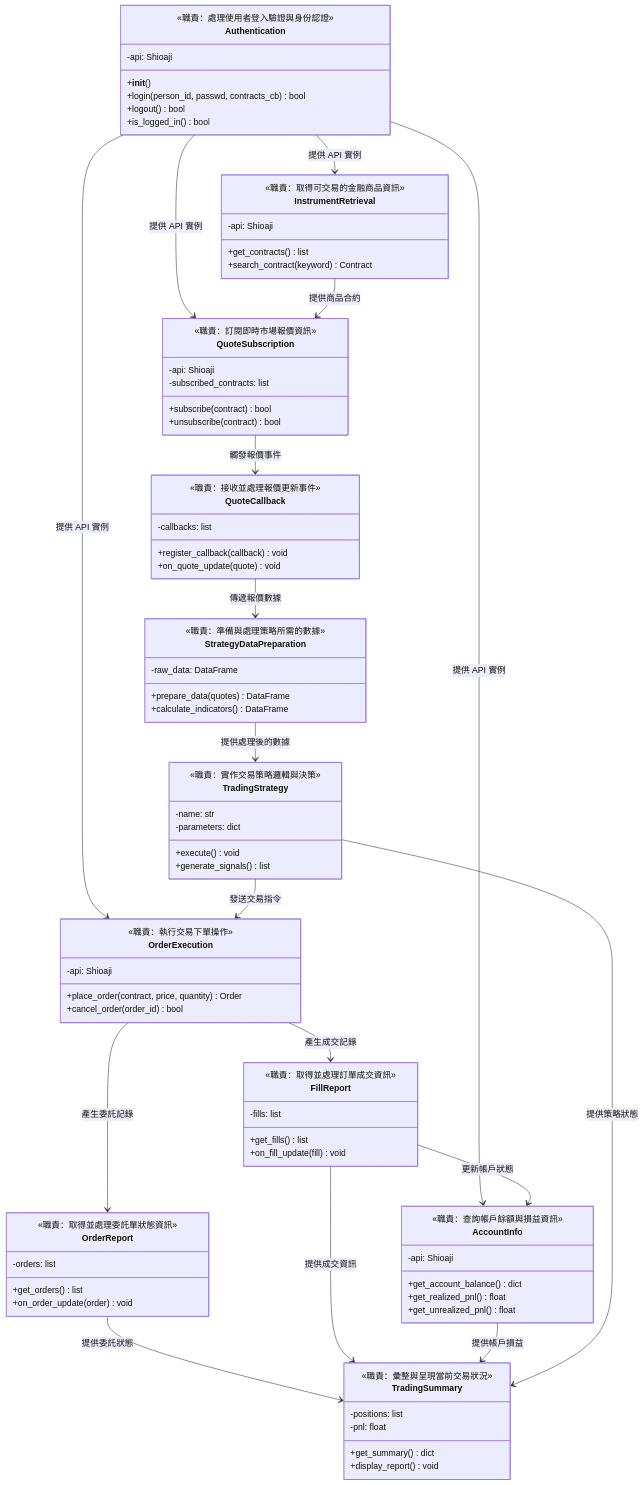
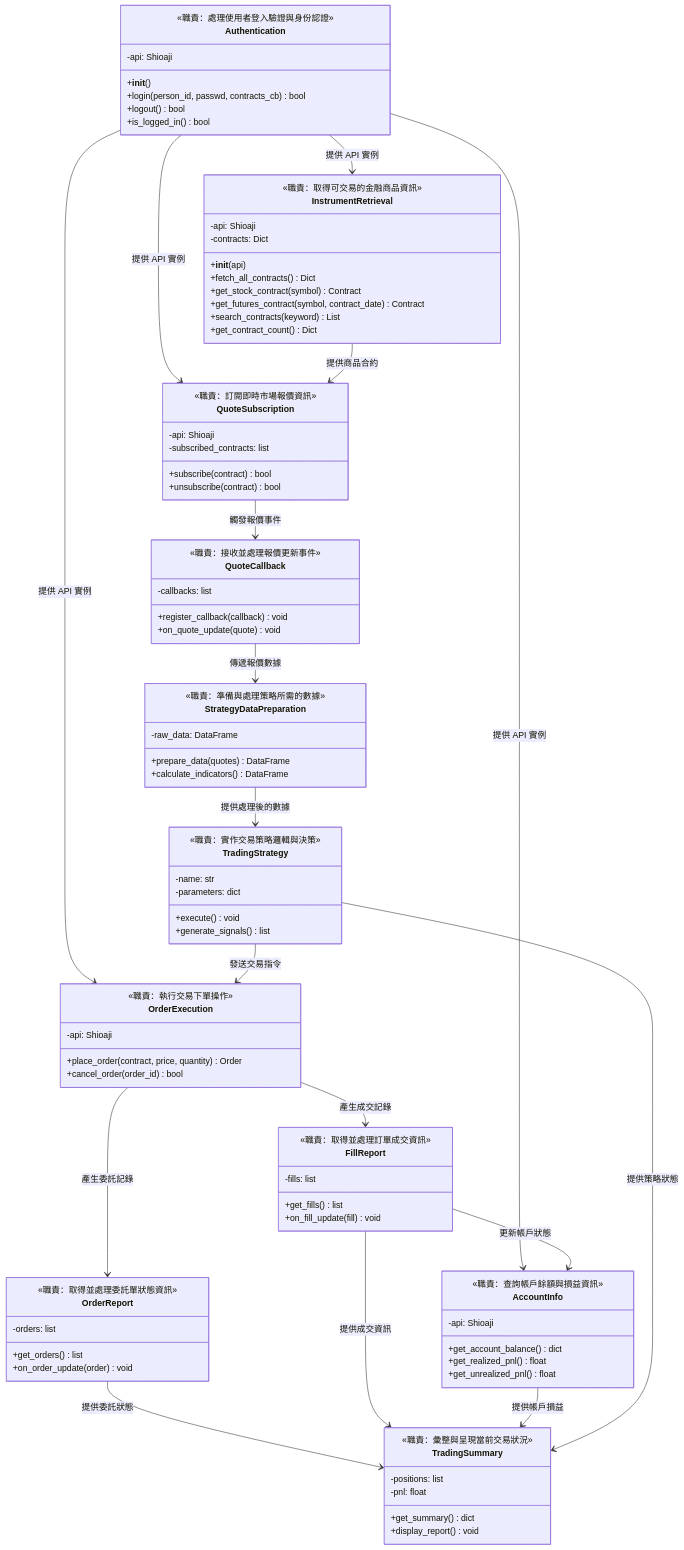
One commit to wu02067602/sample-trading changed the diagram in 類別圖.md. Above: the diagram before and after it, drawn with Mermaid. The commit also changed 1 other file, not shown here.

Commit message:
feat: Add InstrumentRetrieval class for fetching financial instruments

```diff
--- a/類別圖.md
+++ b/類別圖.md
@@ -20,8 +20,13 @@
     class InstrumentRetrieval {
         <<職責：取得可交易的金融商品資訊>>
         -api: Shioaji
-        +get_contracts() list
-        +search_contract(keyword) Contract
+        -contracts: Dict
+        +__init__(api)
+        +fetch_all_contracts() Dict
+        +get_stock_contract(symbol) Contract
+        +get_futures_contract(symbol, contract_date) Contract
+        +search_contracts(keyword) List
+        +get_contract_count() Dict
     }
     
     class QuoteSubscription {
```
